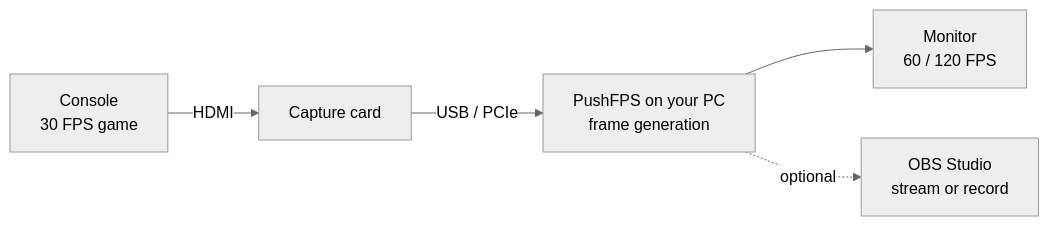
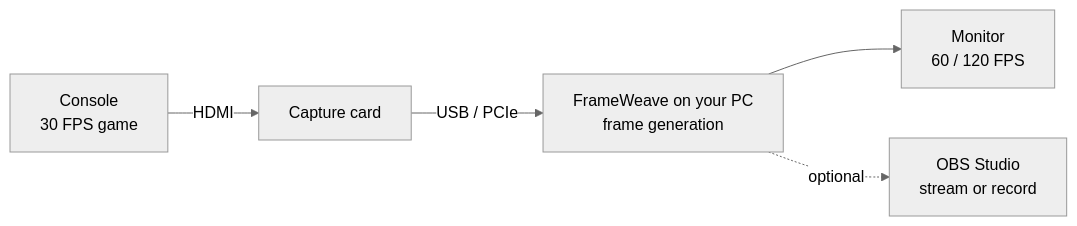
One commit to 4MZ31/FrameWeave changed the diagram in README.md. Above: the diagram before and after it, drawn with Mermaid (neutral theme). The commit also changed other lines of this file and 149 other files, not shown here.

Commit message:
Rename the fork and its desktop application to FrameWeave

````diff
--- a/README.md
+++ b/README.md
@@ -143,7 +141,7 @@
 ```mermaid
 flowchart LR
     A[Console<br/>30 FPS game] -- HDMI --> B[Capture card]
-    B -- USB / PCIe --> C[PushFPS on your PC<br/>frame generation]
+    B -- USB / PCIe --> C[FrameWeave on your PC<br/>frame generation]
     C --> D[Monitor<br/>60 / 120 FPS]
     C -. optional .-> E[OBS Studio<br/>stream or record]
 ```
````
